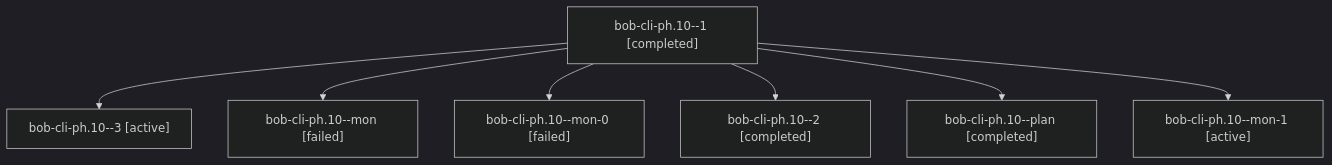
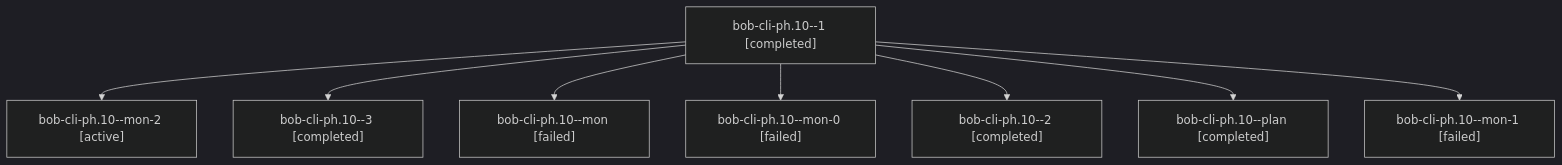
Before and after one commit to bobs-org/bob-cli--agents: the diagram in sessions/bbugyi200.apollo.bob-cli-ph.10.md, drawn with Mermaid (dark theme). The commit also changed other lines of this file and 150 other files, not shown here.

````diff
--- a/sessions/bbugyi200.apollo.bob-cli-ph.10.md
+++ b/sessions/bbugyi200.apollo.bob-cli-ph.10.md
@@ -9,16 +9,18 @@
 ```mermaid
 flowchart TD
   n0["bob-cli-ph.10--1 [completed]"]
-  n1["bob-cli-ph.10--3 [active]"]
+  n1["bob-cli-ph.10--mon-2 [active]"]
   n0 --> n1
-  n2["bob-cli-ph.10--mon [failed]"]
+  n2["bob-cli-ph.10--3 [completed]"]
   n0 --> n2
-  n3["bob-cli-ph.10--mon-0 [failed]"]
+  n3["bob-cli-ph.10--mon [failed]"]
   n0 --> n3
-  n4["bob-cli-ph.10--2 [completed]"]
+  n4["bob-cli-ph.10--mon-0 [failed]"]
   n0 --> n4
-  n5["bob-cli-ph.10--plan [completed]"]
+  n5["bob-cli-ph.10--2 [completed]"]
   n0 --> n5
-  n6["bob-cli-ph.10--mon-1 [active]"]
+  n6["bob-cli-ph.10--plan [completed]"]
   n0 --> n6
+  n7["bob-cli-ph.10--mon-1 [failed]"]
+  n0 --> n7
 ```
````
